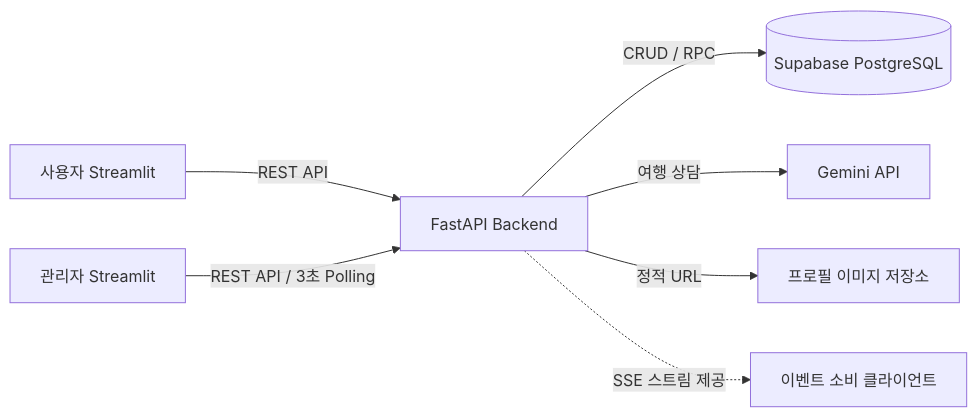
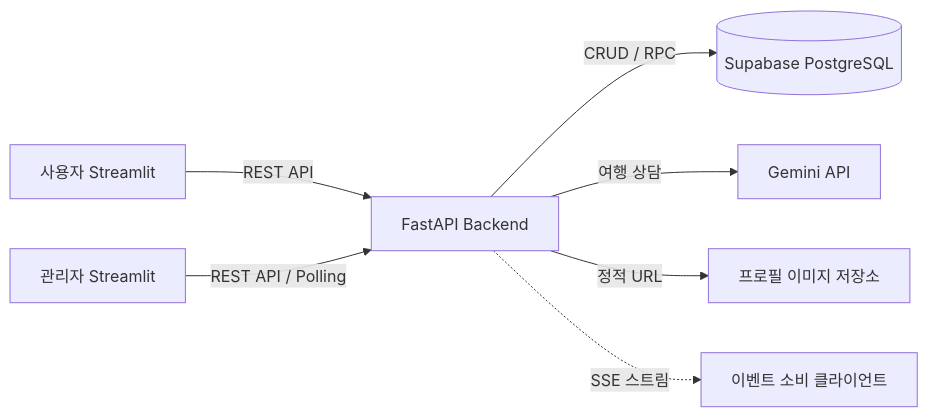
Before and after one commit to jbbdyee/airline-reservation-team-project: the diagram in README.md, drawn with Mermaid. The commit also changed other lines of this file and 3 other files, not shown here.

````diff
--- a/README.md
+++ b/README.md
@@ -67,9 +135,9 @@
 ```mermaid
 flowchart LR
     U["사용자 Streamlit"] -->|REST API| B["FastAPI Backend"]
-    A["관리자 Streamlit"] -->|REST API / 3초 Polling| B
+    A["관리자 Streamlit"] -->|REST API / Polling| B
     B -->|CRUD / RPC| D[("Supabase PostgreSQL")]
     B -->|여행 상담| G["Gemini API"]
     B -->|정적 URL| F["프로필 이미지 저장소"]
-    B -.->|SSE 스트림 제공| E["이벤트 소비 클라이언트"]
+    B -.->|SSE 스트림| E["이벤트 소비 클라이언트"]
 ```
````
